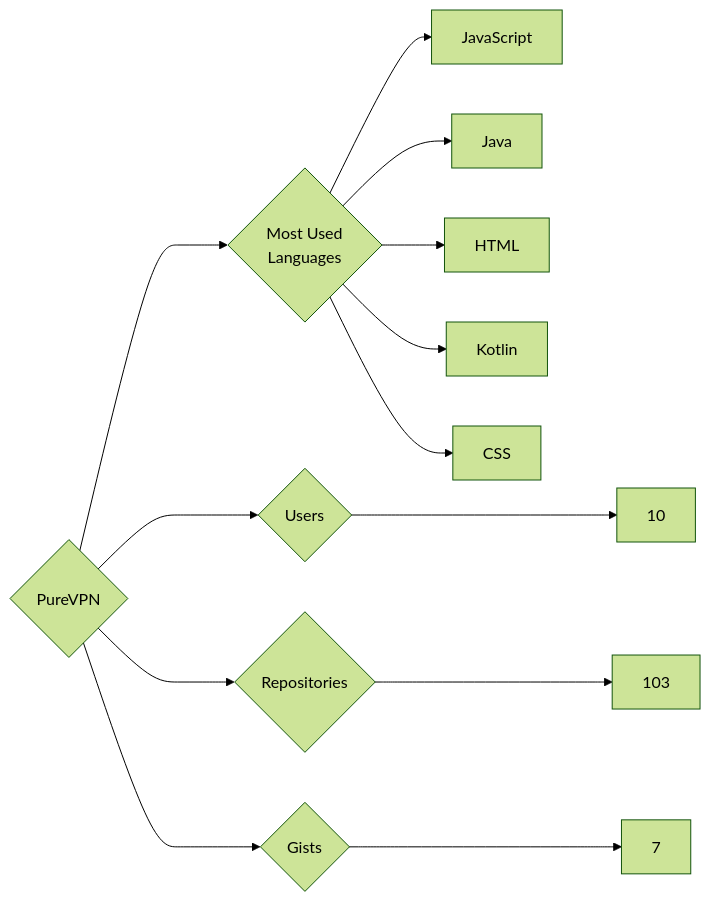
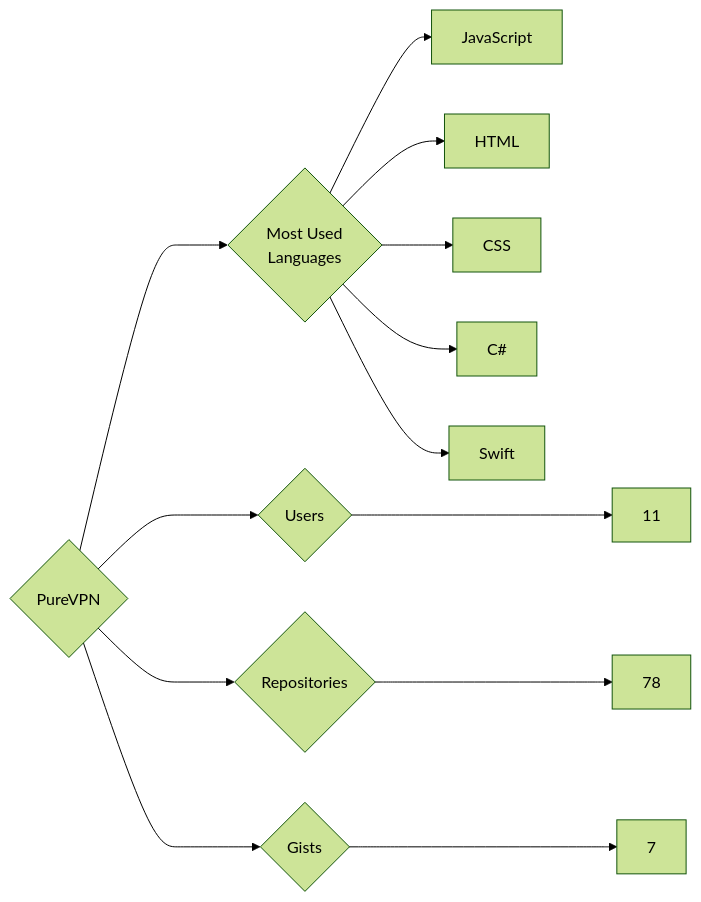
Before and after one commit to trickest/insiders: the diagram in targets/PureVPN/README.md, drawn with Mermaid (forest theme). The commit also changed 939 other files, not shown here.

````diff
--- a/targets/PureVPN/README.md
+++ b/targets/PureVPN/README.md
@@ -3,13 +3,13 @@
 ```mermaid
 graph LR
 COMPANY_NAME{PureVPN}
-COMPANY_NAME ---> U{Users} ---> UN[10]
-COMPANY_NAME ---> R{Repositories} ---> RN[103]
+COMPANY_NAME ---> U{Users} ---> UN[11]
+COMPANY_NAME ---> R{Repositories} ---> RN[78]
 COMPANY_NAME ---> G{Gists} ---> GN[7]
 COMPANY_NAME ---> ML{Most Used<br>Languages}
 ML --> JavaScript[JavaScript]
-ML --> Java[Java]
 ML --> HTML[HTML]
-ML --> Kotlin[Kotlin]
 ML --> CSS[CSS]
+ML --> C#[C#]
+ML --> Swift[Swift]
 ```
````
